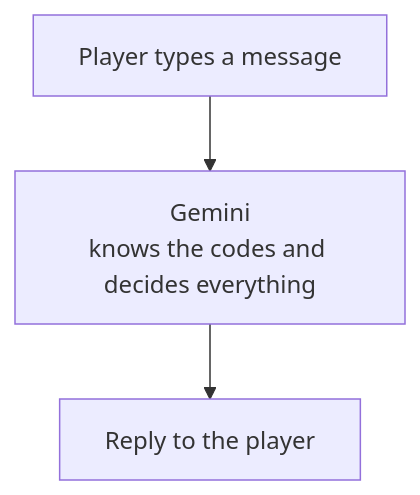
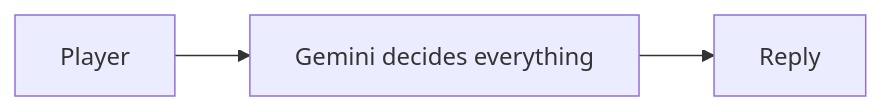
One commit to farzaneh3745/AI-Escape-Room changed the first of 2 diagrams in README.md. Above: the diagram before and after it, drawn with Mermaid. The commit also changed other lines of this file, not shown here.

````diff
--- a/README.md
+++ b/README.md
@@ -31,5 +18,4 @@
 ```mermaid
-flowchart TD
-    A[Player types a message] --> B[Gemini<br/>knows the codes and decides everything]
-    B --> C[Reply to the player]
+flowchart LR
+    A[Player] --> B[Gemini decides everything] --> C[Reply]
 ```
````
